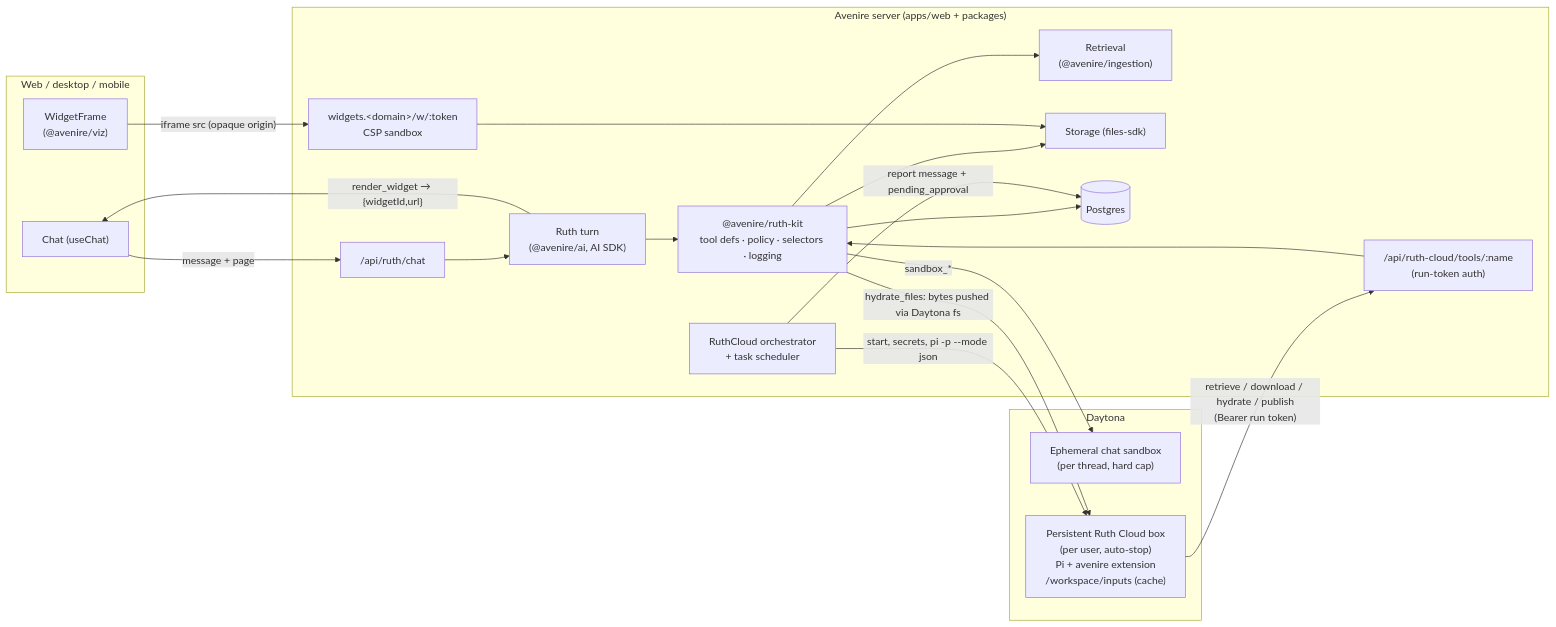
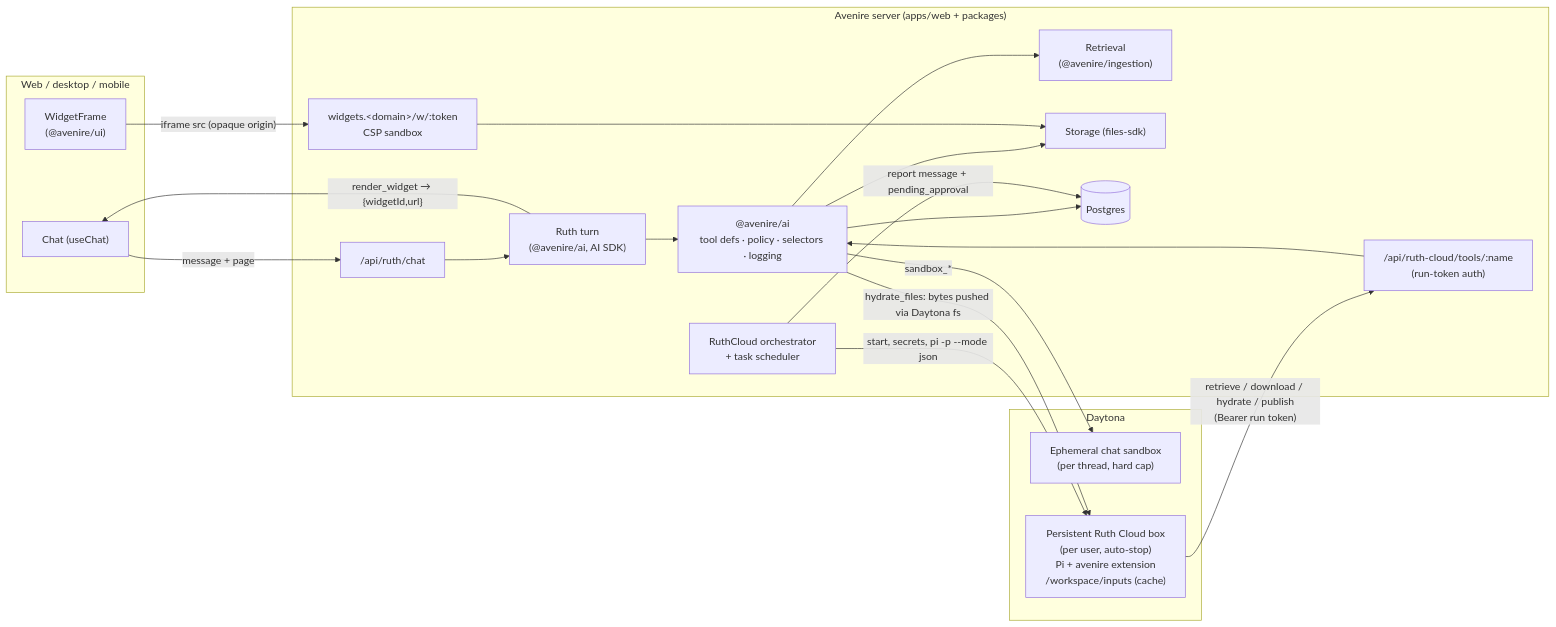
One commit to thedamod/avenire changed the diagram in docs/design/ruth.md. Above: the diagram before and after it, drawn with Mermaid. The commit also changed other lines of this file and 61 other files, not shown here.

First line of the commit message:
fold: ruth-kit into @avenire/ai, viz into @avenire/ui

````diff
--- a/docs/design/ruth.md
+++ b/docs/design/ruth.md
@@ -16,36 +17,36 @@
 ```mermaid
 flowchart LR
   subgraph Client["Web / desktop / mobile"]
     Chat["Chat (useChat)"]
-    Frame["WidgetFrame<br/>(@avenire/viz)"]
+    Frame["WidgetFrame<br/>(@avenire/ui)"]
   end
 
   subgraph Server["Avenire server (apps/web + packages)"]
     ChatRoute["/api/ruth/chat"]
     Ruth["Ruth turn<br/>(@avenire/ai, AI SDK)"]
-    Kit["@avenire/ruth-kit<br/>tool defs · policy · selectors · logging"]
+    Kit["@avenire/ai<br/>tool defs · policy · selectors · logging"]
     Gateway["/api/ruth-cloud/tools/:name<br/>(run-token auth)"]
     Cloud["RuthCloud orchestrator<br/>+ task scheduler"]
     Retrieval["Retrieval<br/>(@avenire/ingestion)"]
     Storage["Storage (files-sdk)"]
     DB[("Postgres")]
     WidgetHost["widgets.&lt;domain&gt;/w/:token<br/>CSP sandbox"]
   end
 
   subgraph Daytona
     Eph["Ephemeral chat sandbox<br/>(per thread, hard cap)"]
     Box["Persistent Ruth Cloud box<br/>(per user, auto-stop)<br/>Pi + avenire extension<br/>/workspace/inputs (cache)"]
   end
 
   Chat -- "message + page" --> ChatRoute --> Ruth --> Kit
   Kit -- sandbox_* --> Eph
   Kit --> Retrieval
   Kit --> Storage
   Kit --> DB
   Ruth -- "render_widget → {widgetId,url}" --> Chat
   Frame -- "iframe src (opaque origin)" --> WidgetHost --> Storage
   Cloud -- "start, secrets, pi -p --mode json" --> Box
   Box -- "retrieve / download / hydrate / publish<br/>(Bearer run token)" --> Gateway --> Kit
   Kit -- "hydrate_files: bytes pushed via Daytona fs" --> Box
   Cloud -- "report message + pending_approval" --> DB
 ```
````
